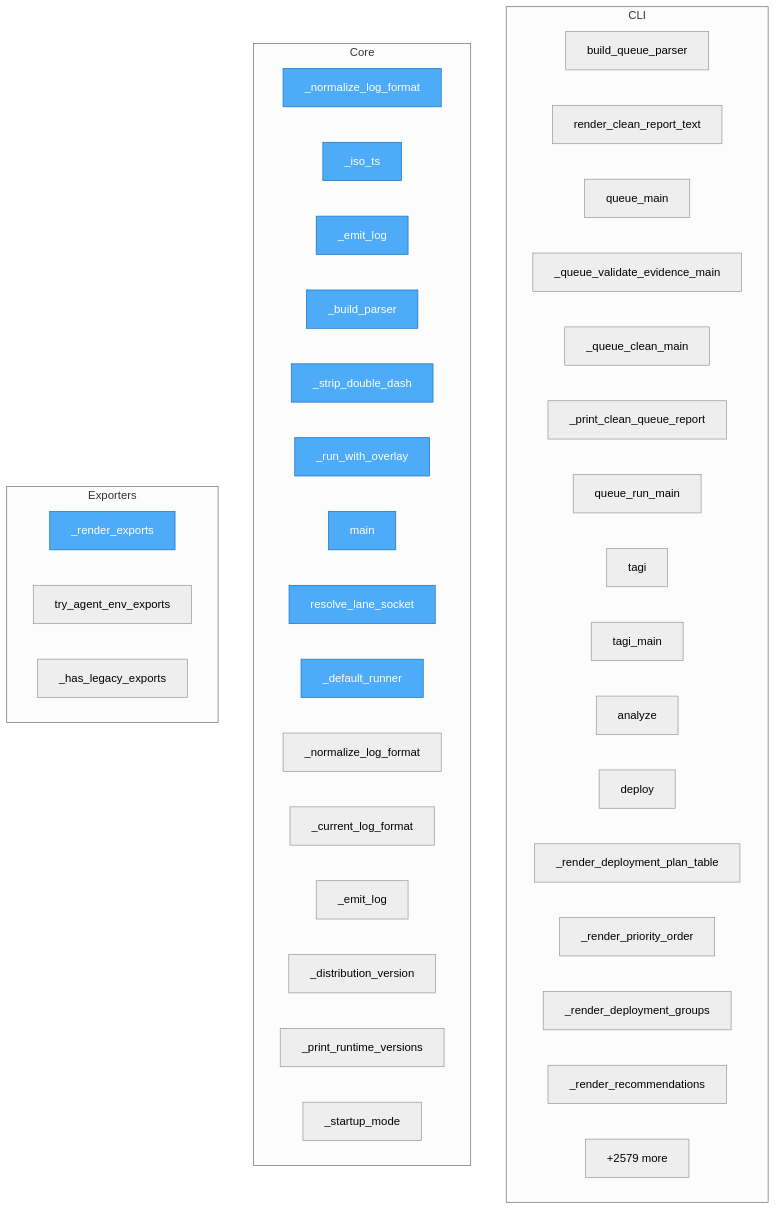
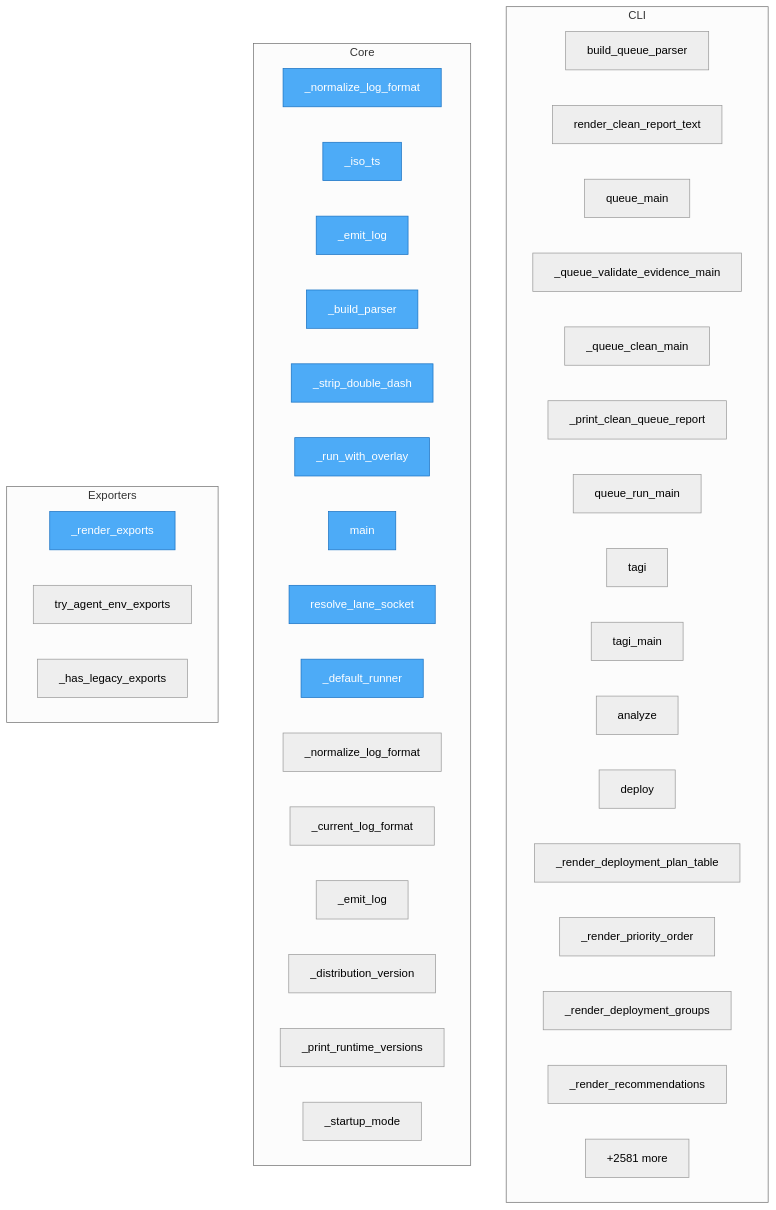
One commit to semcod/koru changed the diagram in project/flow.mmd. Above: the diagram before and after it, drawn with Mermaid (neutral theme). The commit also changed 176 other files, not shown here.

```diff
--- a/project/flow.mmd
+++ b/project/flow.mmd
@@ -1,51 +1,51 @@
 flowchart TD
-%% generated in 0.64s
+%% generated in 0.56s
 
     %% Entry points (blue)
     classDef entry fill:#4dabf7,stroke:#1971c2,color:#fff
 
     subgraph CLI
         koru__cli_queue__build_queue_parser["build_queue_parser"]
         koru__cli_queue__render_clean_report_text["render_clean_report_text"]
         koru__cli_queue__queue_main["queue_main"]
         koru__cli_queue___queue_validate_evidence_main["_queue_validate_evidence_main"]
         koru__cli_queue___queue_clean_main["_queue_clean_main"]
         koru__cli_queue___print_clean_queue_report["_print_clean_queue_report"]
         koru__cli_queue__queue_run_main["queue_run_main"]
         koru__cli_tagi__tagi["tagi"]
         koru__cli_tagi__tagi_main["tagi_main"]
         koru__cli_tagi__analyze["analyze"]
         koru__cli_tagi__deploy["deploy"]
         koru__cli_tagi___render_deployment_plan_table["_render_deployment_plan_table"]
         koru__cli_tagi___render_priority_order["_render_priority_order"]
         koru__cli_tagi___render_deployment_groups["_render_deployment_groups"]
         koru__cli_tagi___render_recommendations["_render_recommendations"]
         ...["+4 more"]
     end
 
     subgraph Core
         packages__koruenv__src__koruenv__cli___normalize_log_format["_normalize_log_format"]
         packages__koruenv__src__koruenv__cli___iso_ts["_iso_ts"]
         packages__koruenv__src__koruenv__cli___emit_log["_emit_log"]
         packages__koruenv__src__koruenv__cli___build_parser["_build_parser"]
         packages__koruenv__src__koruenv__cli___strip_double_dash["_strip_double_dash"]
         packages__koruenv__src__koruenv__cli___run_with_overlay["_run_with_overlay"]
         packages__koruenv__src__koruenv__cli__main["main"]
         packages__koruenv__src__koruenv__lane__resolve_lane_socket["resolve_lane_socket"]
         packages__coru__src__coru__ecosystem___default_runner["_default_runner"]
         packages__coru__src__coru__cli___normalize_log_format["_normalize_log_format"]
         packages__coru__src__coru__cli___current_log_format["_current_log_format"]
         packages__coru__src__coru__cli___emit_log["_emit_log"]
         packages__coru__src__coru__cli___distribution_version["_distribution_version"]
         packages__coru__src__coru__cli___print_runtime_versions["_print_runtime_versions"]
         packages__coru__src__coru__cli___startup_mode["_startup_mode"]
-        ...["+2579 more"]
+        ...["+2581 more"]
     end
 
     subgraph Exporters
         packages__koruenv__src__koruenv__cli___render_exports["_render_exports"]
         src__koru__agent_cli_helpers__try_agent_env_exports["try_agent_env_exports"]
         src__koru__cli___has_legacy_exports["_has_legacy_exports"]
     end
 
     class packages__koruenv__src__koruenv__cli___normalize_log_format,packages__koruenv__src__koruenv__cli___iso_ts,packages__koruenv__src__koruenv__cli___emit_log,packages__koruenv__src__koruenv__cli___build_parser,packages__koruenv__src__koruenv__cli___render_exports,packages__koruenv__src__koruenv__cli___strip_double_dash,packages__koruenv__src__koruenv__cli___run_with_overlay,packages__koruenv__src__koruenv__cli__main,packages__koruenv__src__koruenv__lane__resolve_lane_socket,packages__coru__src__coru__ecosystem___default_runner entry
```
